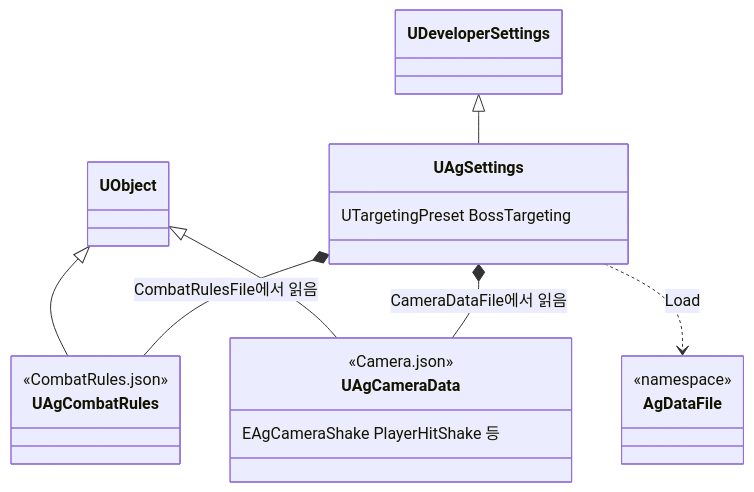
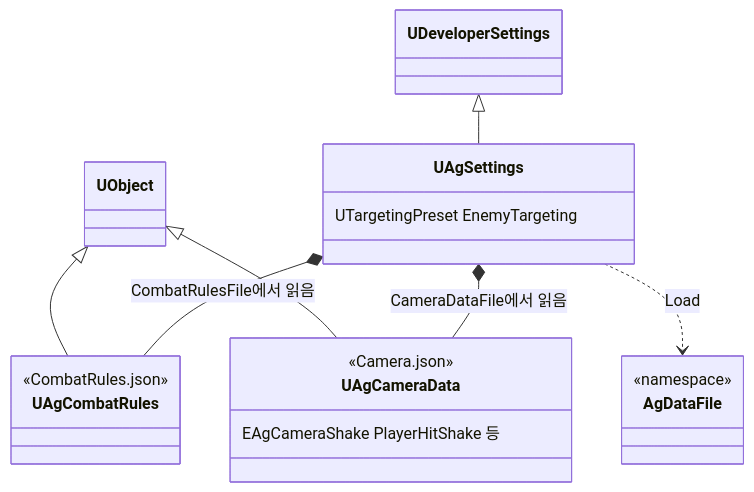
Before and after one commit to Woogl/Ag: diagram 12 of 20 in Docs/Program/클래스 구조도.md, drawn with Mermaid. The commit also changed other lines of this file and 33 other files, not shown here.

First line of the commit message:
구현: 대상 찾기·AI 대상·B1·히트스톱·결과 판정에서 보스 1명 전제를 걷어 냄 (구현 계획서 '공격 보정'·'히트스톱'·'대상 찾기'·'AI 대상'·'B1'·'비전투'·'락온'·'HUD'·'결과 처리', 데이터 위치표, 클래스 구조도)

````diff
--- a/Docs/Program/클래스 구조도.md
+++ b/Docs/Program/클래스 구조도.md
@@ -474,23 +474,23 @@
 ```mermaid
 classDiagram
     direction TB
     class UAgSettings {
-        UTargetingPreset BossTargeting
+        UTargetingPreset EnemyTargeting
     }
     class UAgCombatRules {
         <<CombatRules.json>>
     }
     class UAgCameraData {
         <<Camera.json>>
         EAgCameraShake PlayerHitShake 등
     }
     class AgDataFile {
         <<namespace>>
     }
     UDeveloperSettings <|-- UAgSettings
     UObject <|-- UAgCombatRules
     UObject <|-- UAgCameraData
     UAgSettings *-- UAgCombatRules : CombatRulesFile에서 읽음
     UAgSettings *-- UAgCameraData : CameraDataFile에서 읽음
     UAgSettings ..> AgDataFile : Load
 ```
````
